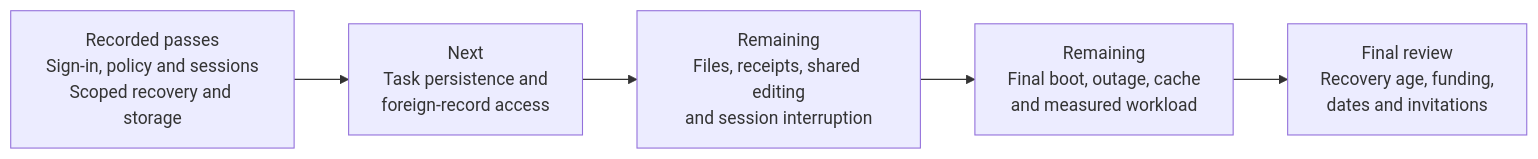
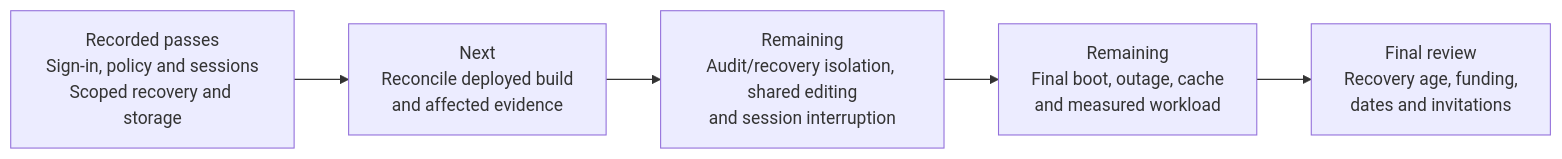
One commit to sandiegodavid/Easy-Property-Management changed the diagram in docs/hosting/qualification/HOSTED_DEMO_PUBLIC_ACCESS_PLAN.md. Above: the diagram before and after it, drawn with Mermaid. The commit also changed other lines of this file and 2 other files, not shown here.

Commit message:
Update HOSTED_DEMO_PUBLIC_ACCESS_PLAN.md, delete obsolete review comments

````diff
--- a/docs/hosting/qualification/HOSTED_DEMO_PUBLIC_ACCESS_PLAN.md
+++ b/docs/hosting/qualification/HOSTED_DEMO_PUBLIC_ACCESS_PLAN.md
@@ -44,9 +74,9 @@
 ```mermaid
 flowchart LR
     Done["Recorded passes<br/>Sign-in, policy and sessions<br/>Scoped recovery and storage"]
-    Current["Next<br/>Task persistence and<br/>foreign-record access"]
-    Workflows["Remaining<br/>Files, receipts, shared editing<br/>and session interruption"]
+    Current["Next<br/>Reconcile deployed build<br/>and affected evidence"]
+    Workflows["Remaining<br/>Audit/recovery isolation, shared editing<br/>and session interruption"]
     Platform["Remaining<br/>Final boot, outage, cache<br/>and measured workload"]
     Release["Final review<br/>Recovery age, funding,<br/>dates and invitations"]
     Done --> Current --> Workflows --> Platform --> Release
 ```
````
